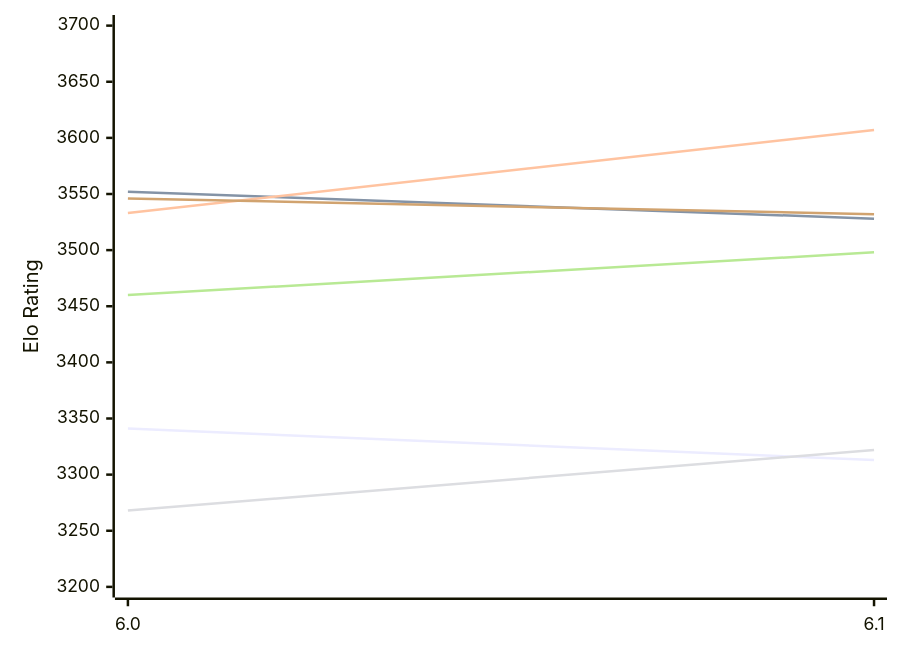
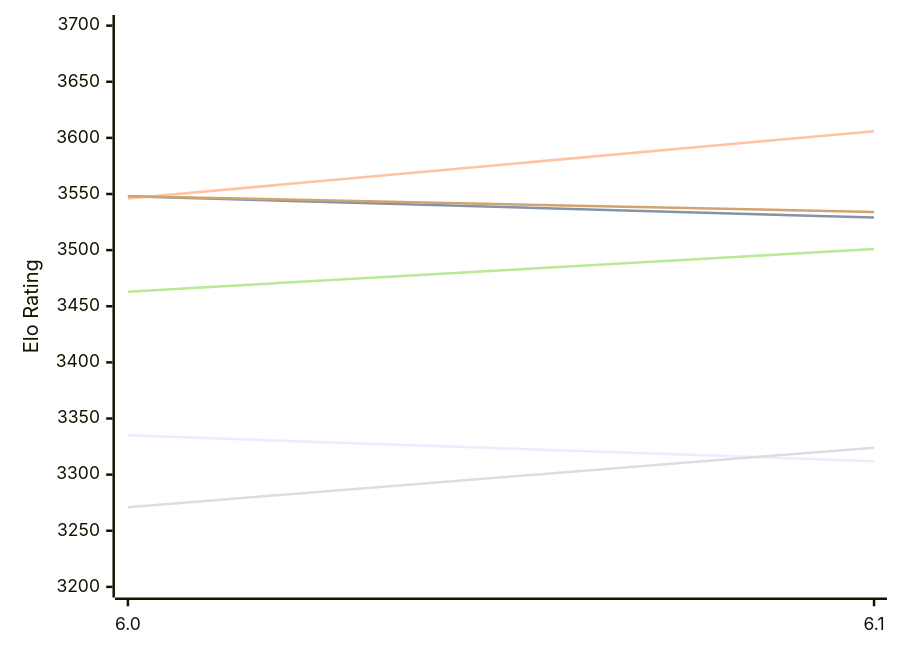
Before and after one commit to computer-chess-index/cci: the first of 2 diagrams in engines/Starzix.md, drawn with Mermaid. The commit also changed other lines of this file, not shown here.

Commit message:
Update CCI Ratings (ELO VLTC) - 2026-11-24

````diff
--- a/engines/Starzix.md
+++ b/engines/Starzix.md
@@ -51,12 +51,12 @@
 ```mermaid
 %%{init: {"theme":"base","themeVariables":{"seriesColors:['#a3a3a3','#222221','#faa371']}}}%%
 xychart-beta
   x-axis ["6.0", "6.1"]
   y-axis "Elo Rating" 3200 --> 3700
-  line "E1: STC (8.0+0.08s)" [3341, 3313]
-  line "E1: LTC (60.0+0.60s)" [3552, 3528]
-  line "E1: VLTC (2m24s+1.12s)" [3533, 3607]
-  line "P1: STC (8.0+0.08s)" [3268, 3322]
-  line "P1: LTC (60.0+0.60s)" [3460, 3498]
-  line "P1: VLTC (2m24s+1.12s)" [3546, 3532]
+  line "E1: STC (8.0+0.08s)" [3335, 3312]
+  line "E1: LTC (60.0+0.60s)" [3548, 3529]
+  line "E1: VLTC (2m24s+1.12s)" [3546, 3606]
+  line "P1: STC (8.0+0.08s)" [3271, 3324]
+  line "P1: LTC (60.0+0.60s)" [3463, 3501]
+  line "P1: VLTC (2m24s+1.12s)" [3548, 3534]
 ```
````
